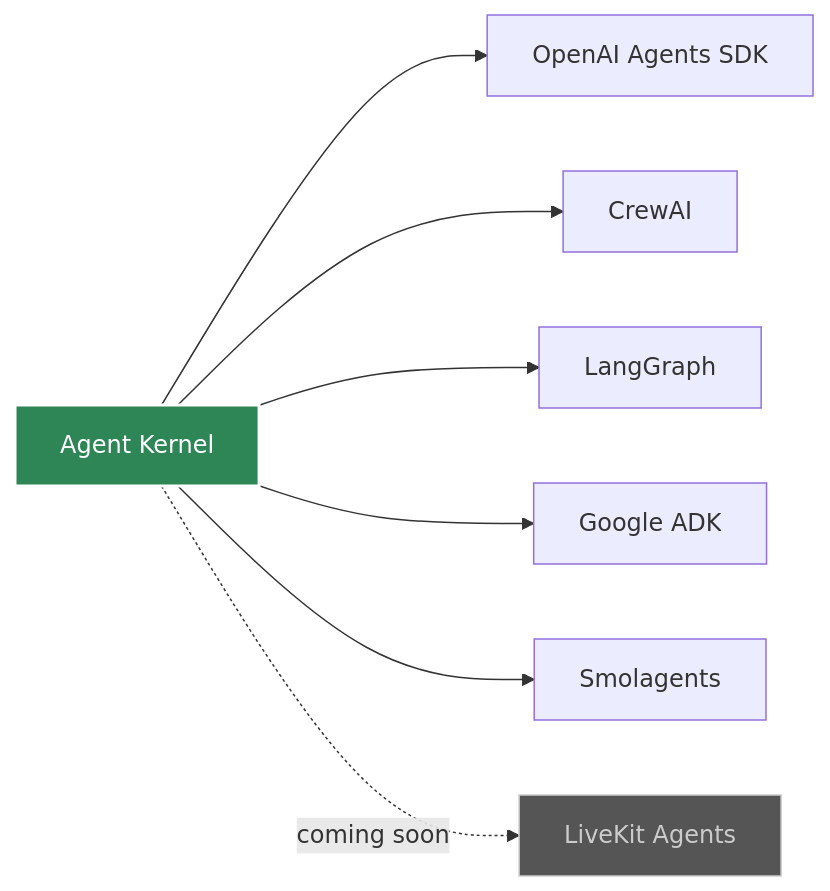
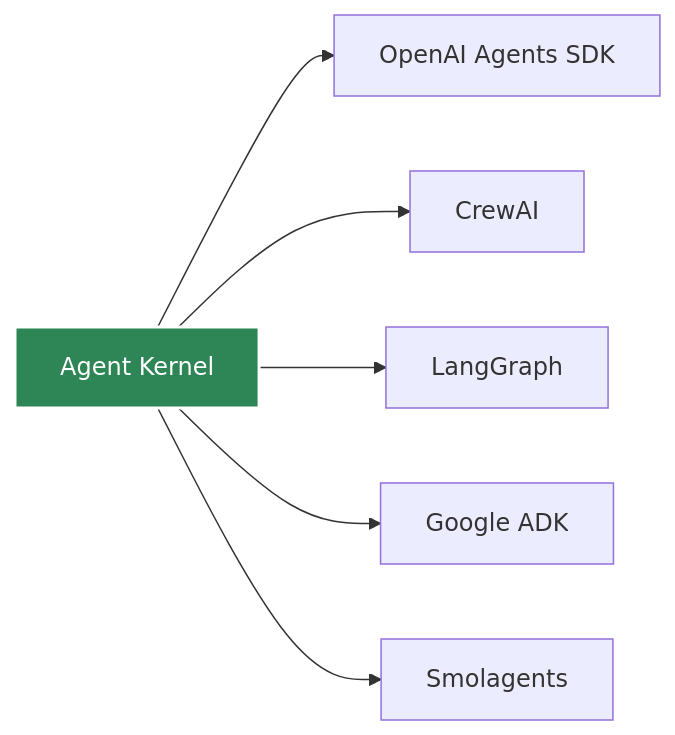
One commit to pulindu-yl/agent-kernel changed the diagram in docs/docs/frameworks/overview.md. Above: the diagram before and after it, drawn with Mermaid. The commit also changed other lines of this file and 2 other files, not shown here.

````diff
--- a/docs/docs/frameworks/overview.md
+++ b/docs/docs/frameworks/overview.md
@@ -11,12 +11,10 @@
 ```mermaid
 graph LR
     A[Agent Kernel] --> B[OpenAI Agents SDK]
     A --> C[CrewAI]
     A --> D[LangGraph]
     A --> E[Google ADK]
     A --> F[Smolagents]
-    A -.->|coming soon| LK[LiveKit Agents]
     
     style A fill:#2e8555,stroke:#fff,stroke-width:2px,color:#fff
-    style LK fill:#555,stroke:#ccc,stroke-width:1px,color:#ccc
 ```
````
